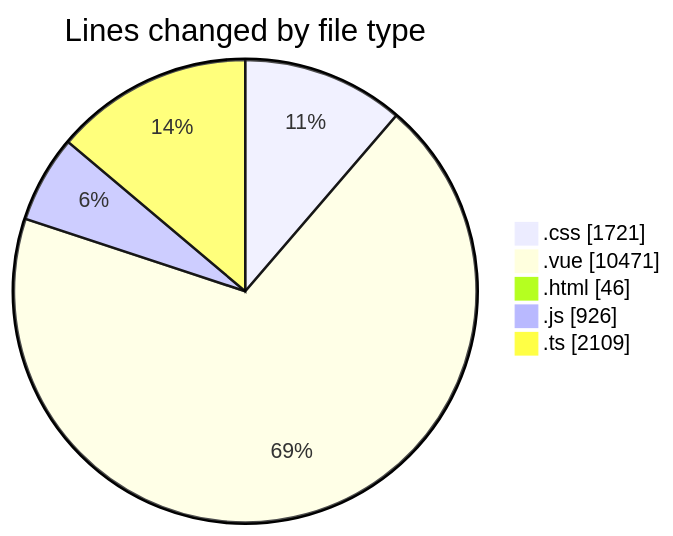
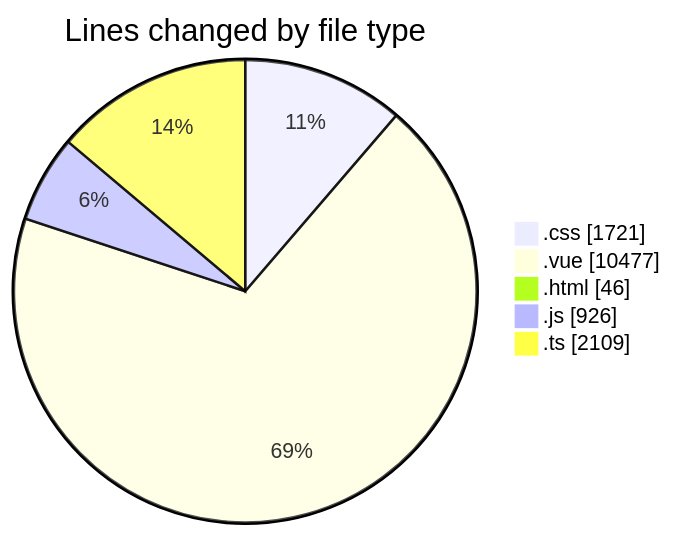
One commit to lephambinh05/code-tracking changed the first of 2 diagrams in 2025-08-18/rentotp/README.md. Above: the diagram before and after it, drawn with Mermaid. The commit also changed other lines of this file and 1 other file, not shown here.

````diff
--- a/2025-08-18/rentotp/README.md
+++ b/2025-08-18/rentotp/README.md
@@ -59,9 +59,9 @@
 ```mermaid
 pie showData
 title Lines changed by file type
 ".css" : 1721
-".vue" : 10471
+".vue" : 10477
 ".html" : 46
 ".js" : 926
 ".ts" : 2109
 ```
````
